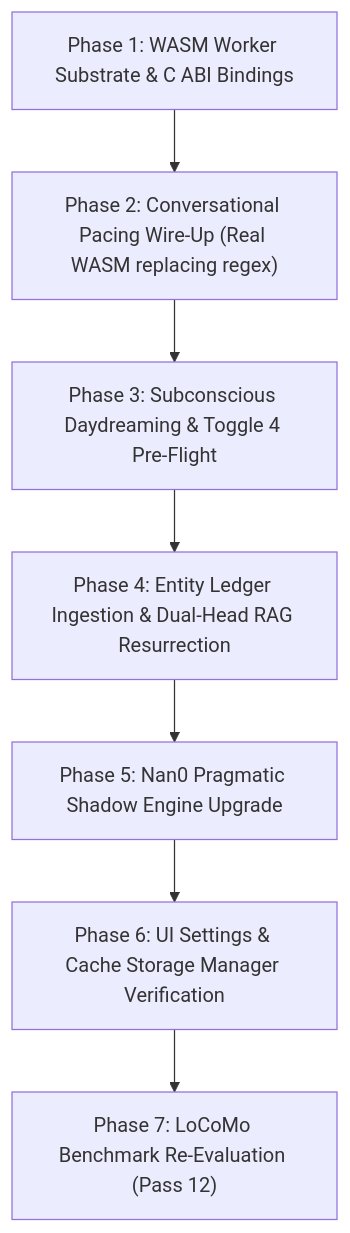
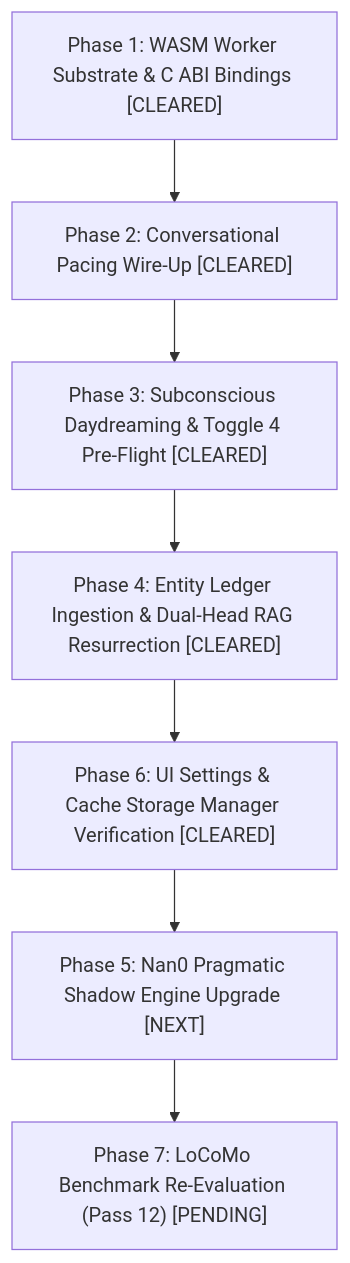
Before and after one commit to dasilva333/airi: the diagram in docs/design-needle3-subconscious-and-rag-runtime.md, drawn with Mermaid. The commit also changed other lines of this file and 19 other files, not shown here.

````diff
--- a/docs/design-needle3-subconscious-and-rag-runtime.md
+++ b/docs/design-needle3-subconscious-and-rag-runtime.md
@@ -405,9 +416,9 @@
 ```mermaid
 graph TD
-    P1["Phase 1: WASM Worker Substrate & C ABI Bindings"] --> P2["Phase 2: Conversational Pacing Wire-Up (Real WASM replacing regex)"]
-    P2 --> P3["Phase 3: Subconscious Daydreaming & Toggle 4 Pre-Flight"]
-    P3 --> P4["Phase 4: Entity Ledger Ingestion & Dual-Head RAG Resurrection"]
-    P4 --> P5["Phase 5: Nan0 Pragmatic Shadow Engine Upgrade"]
-    P5 --> P6["Phase 6: UI Settings & Cache Storage Manager Verification"]
-    P6 --> P7["Phase 7: LoCoMo Benchmark Re-Evaluation (Pass 12)"]
+    P1["Phase 1: WASM Worker Substrate & C ABI Bindings [CLEARED]"] --> P2["Phase 2: Conversational Pacing Wire-Up [CLEARED]"]
+    P2 --> P3["Phase 3: Subconscious Daydreaming & Toggle 4 Pre-Flight [CLEARED]"]
+    P3 --> P4["Phase 4: Entity Ledger Ingestion & Dual-Head RAG Resurrection [CLEARED]"]
+    P4 --> P6["Phase 6: UI Settings & Cache Storage Manager Verification [CLEARED]"]
+    P6 --> P5["Phase 5: Nan0 Pragmatic Shadow Engine Upgrade [NEXT]"]
+    P5 --> P7["Phase 7: LoCoMo Benchmark Re-Evaluation (Pass 12) [PENDING]"]
 ```
````
